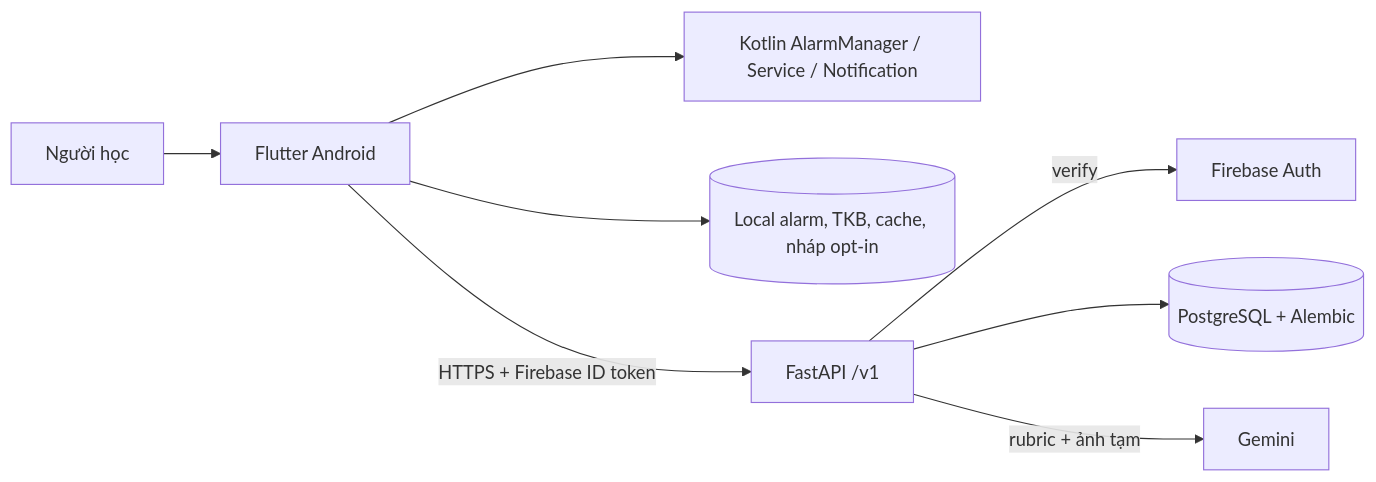
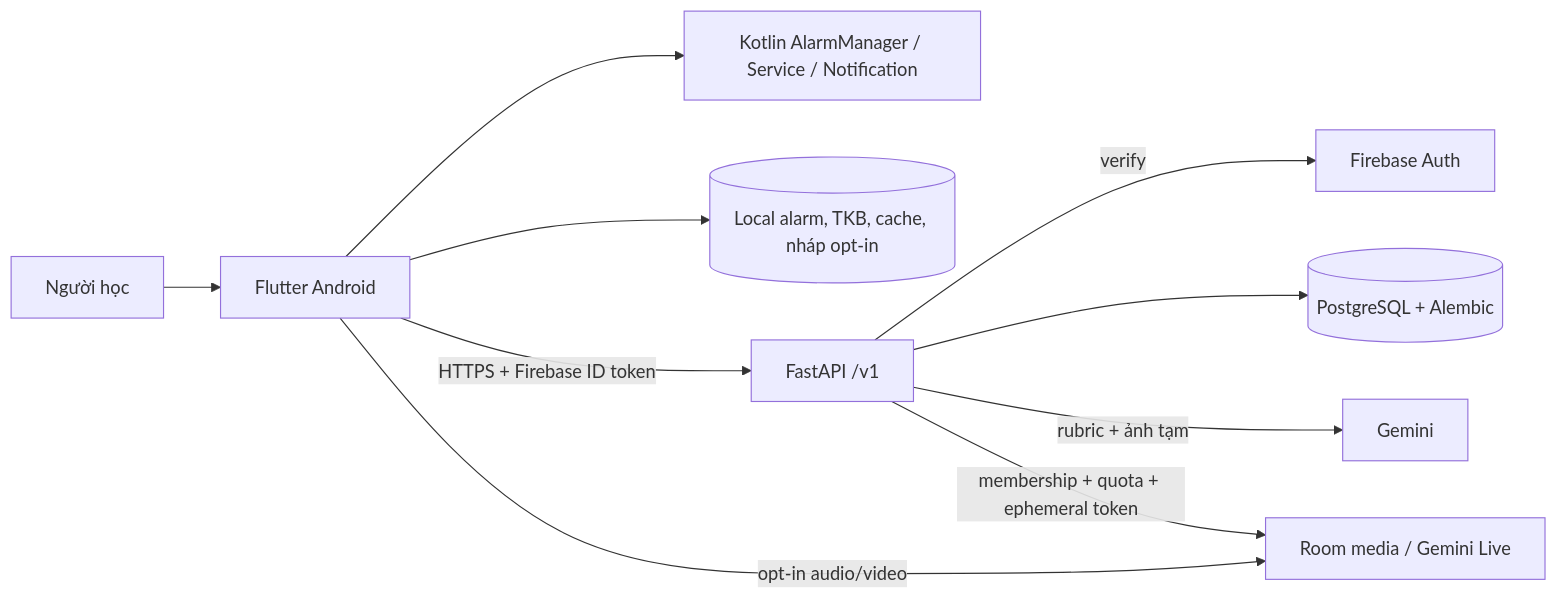
The diagram in docs/02-engineering/01-kien-truc.md (Wothing0406/MindClock), drawn with Mermaid before and after one commit. The commit also changed other lines of this file and 40 other files, not shown here.

````diff
--- a/docs/02-engineering/01-kien-truc.md
+++ b/docs/02-engineering/01-kien-truc.md
@@ -5,10 +5,12 @@
 ```mermaid
 flowchart LR
   U[Người học] --> F[Flutter Android]
   F --> K[Kotlin AlarmManager / Service / Notification]
   F --> L[(Local alarm, TKB, cache, nháp opt-in)]
   F -->|HTTPS + Firebase ID token| A[FastAPI /v1]
   A -->|verify| I[Firebase Auth]
   A --> P[(PostgreSQL + Alembic)]
   A -->|rubric + ảnh tạm| G[Gemini]
+  F -->|opt-in audio/video| R[Room media / Gemini Live]
+  A -->|membership + quota + ephemeral token| R
 ```
````
